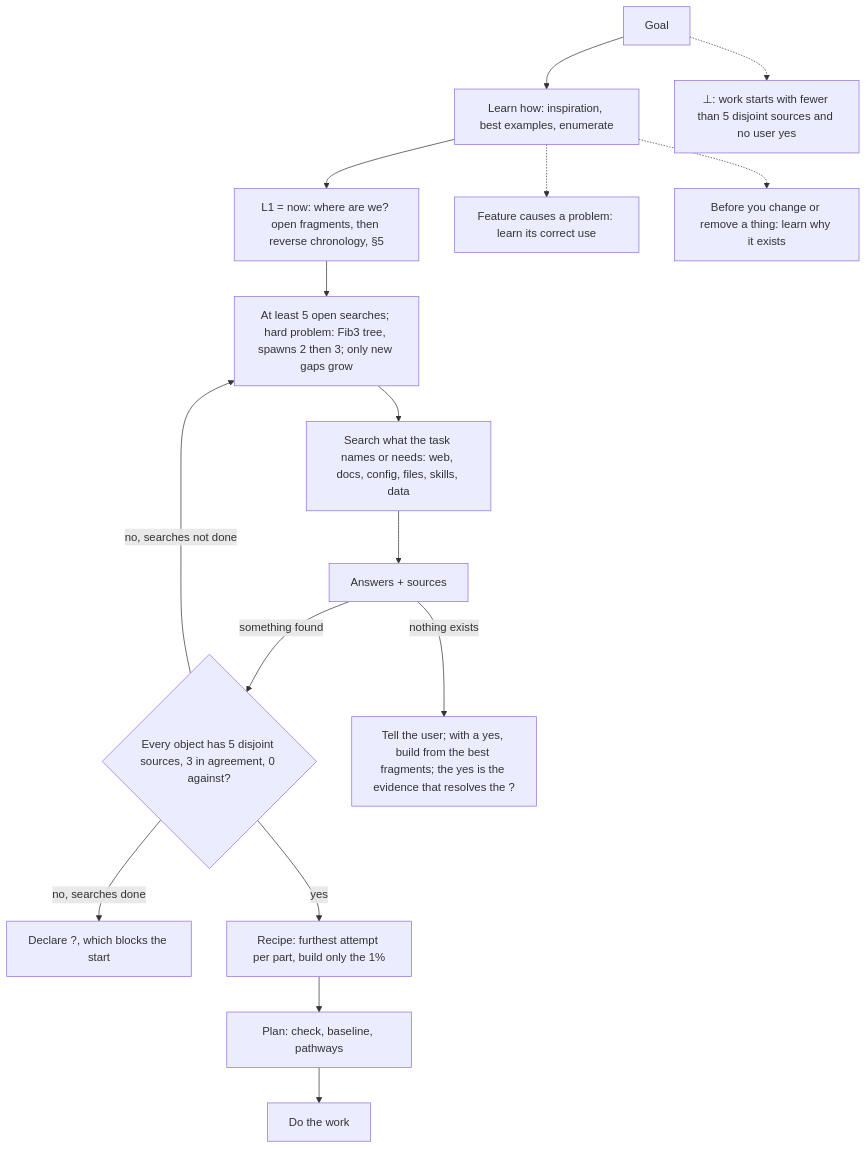
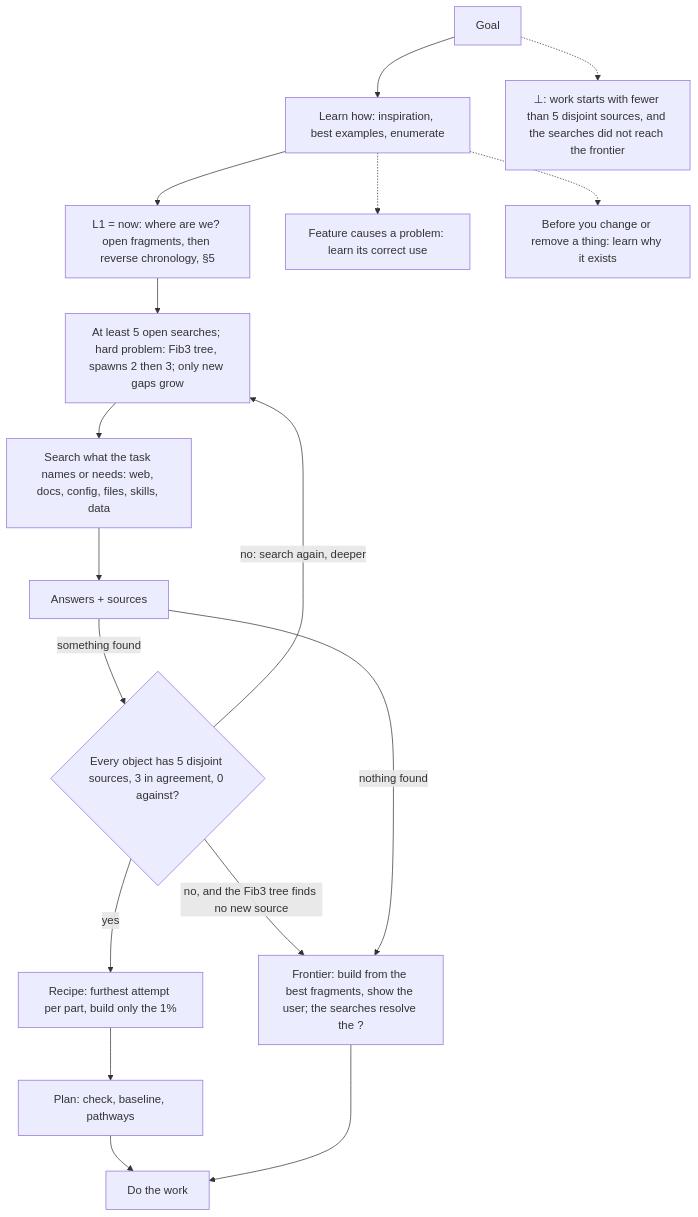
Before and after one commit to SolenixAI/arbiter: the fourth of 14 diagrams in AGENTS.md, drawn with Mermaid. The commit also changed other lines of this file and 2 other files, not shown here.

First line of the commit message:
feat(agents): agents never stop at 99%: one correct way, real journeys, observed in the user's view (#49)

````diff
--- a/AGENTS.md
+++ b/AGENTS.md
@@ -219,12 +223,12 @@
 ```mermaid
 flowchart TD
   G[Goal] --> L[Learn how: inspiration, best examples, enumerate] --> F1["L1 = now: where are we? open fragments, then reverse chronology, §5"] --> Q["At least 5 open searches; hard problem: Fib3 tree, spawns 2 then 3; only new gaps grow"] --> S[Search what the task names or needs: web, docs, config, files, skills, data]
   S --> A[Answers + sources] -->|something found| N{Every object has 5 disjoint sources, 3 in agreement, 0 against?}
-  N -->|no, searches not done| Q
-  N -->|no, searches done| X3["Declare ?, which blocks the start"]
+  N -->|no: search again, deeper| Q
+  N -->|no, and the Fib3 tree finds no new source| U
   N -->|yes| R[Recipe: furthest attempt per part, build only the 1%] --> P[Plan: check, baseline, pathways] --> B[Do the work]
-  A -->|nothing exists| U["Tell the user; with a yes, build from the best fragments; the yes is the evidence that resolves the ?"]
+  A -->|nothing found| U["Frontier: build from the best fragments, show the user; the searches resolve the ?"] --> B
   L -.-> NB[Feature causes a problem: learn its correct use]
   L -.-> CF[Before you change or remove a thing: learn why it exists]
-  G -.-> BOT["⊥: work starts with fewer than 5 disjoint sources and no user yes"]
+  G -.-> BOT["⊥: work starts with fewer than 5 disjoint sources, and the searches did not reach the frontier"]
 ```
````
